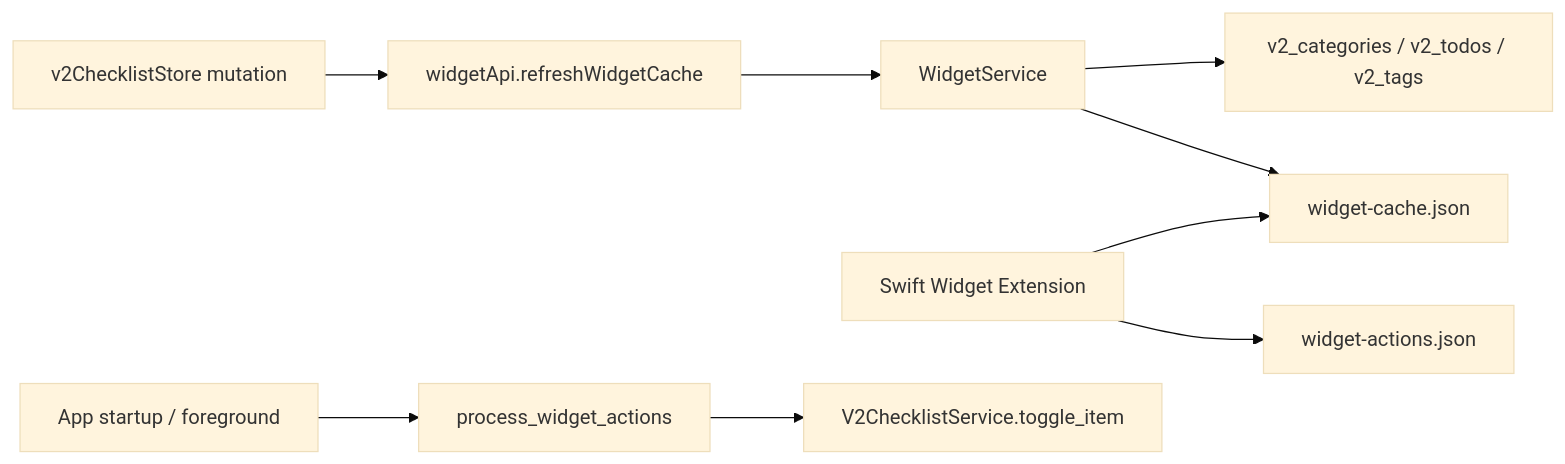
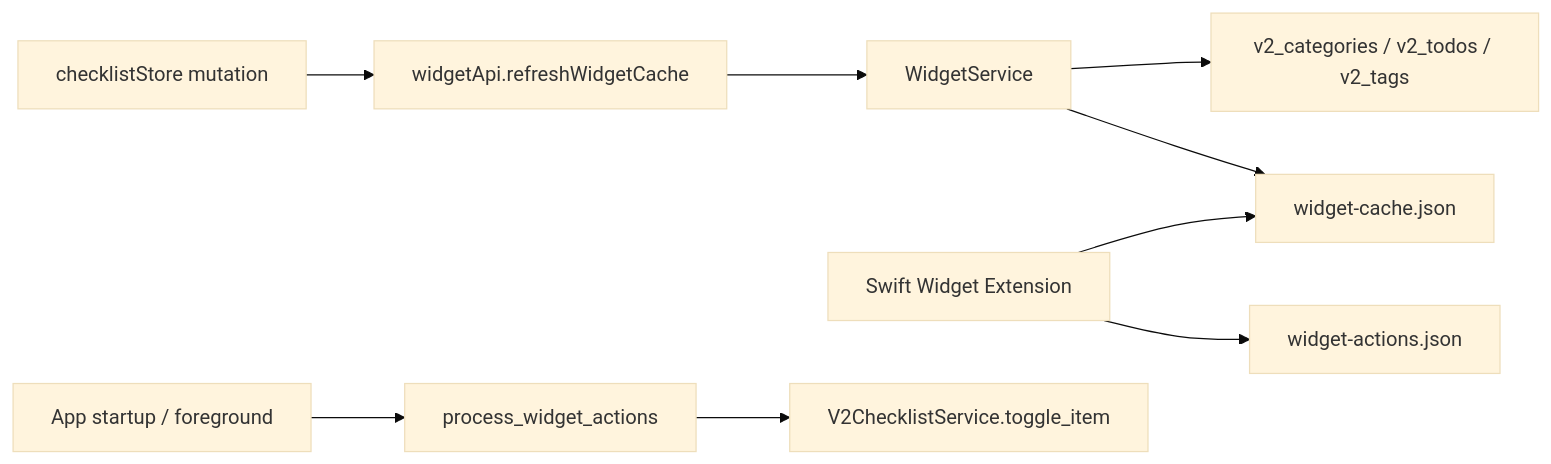
The diagram in docs/v2-notes/020-widget-v2-direction.md (U-Keun/Tickly), drawn with Mermaid (base theme) before and after one commit. The commit also changed 167 other files, not shown here.

````diff
--- a/docs/v2-notes/020-widget-v2-direction.md
+++ b/docs/v2-notes/020-widget-v2-direction.md
@@ -9,11 +9,11 @@
 ```mermaid
 flowchart LR
-  V2Store["v2ChecklistStore mutation"] --> WidgetApi["widgetApi.refreshWidgetCache"]
+  V2Store["checklistStore mutation"] --> WidgetApi["widgetApi.refreshWidgetCache"]
   WidgetApi --> WidgetService["WidgetService"]
   WidgetService --> V2Tables["v2_categories / v2_todos / v2_tags"]
   WidgetService --> Cache["widget-cache.json"]
   SwiftWidget["Swift Widget Extension"] --> Cache
   SwiftWidget --> Queue["widget-actions.json"]
   AppLaunch["App startup / foreground"] --> Process["process_widget_actions"]
   Process --> V2Toggle["V2ChecklistService.toggle_item"]
 ```
````
